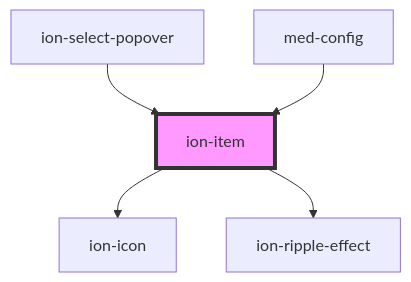
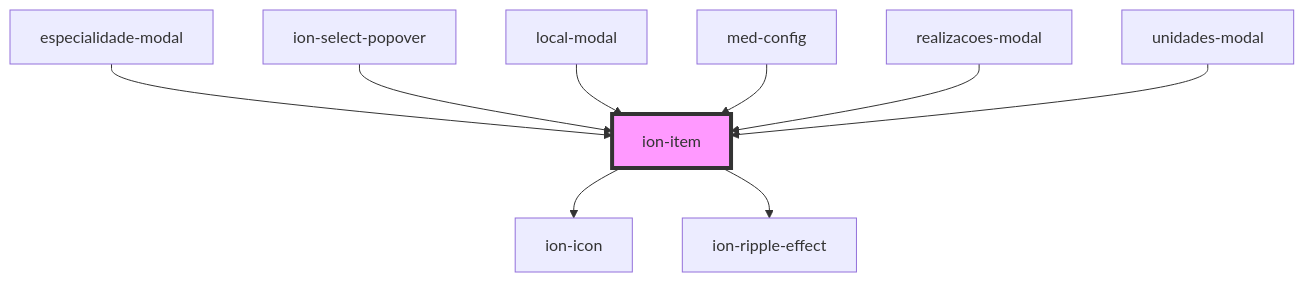
The diagram in core/src/components/item/readme.md (MEDGRUPOGIT/ionic-framework-1), drawn with Mermaid before and after one commit. The commit also changed other lines of this file and 30 other files, not shown here.

````diff
--- a/core/src/components/item/readme.md
+++ b/core/src/components/item/readme.md
@@ -1934,8 +1938,12 @@
 ```mermaid
 graph TD;
   ion-item --> ion-icon
   ion-item --> ion-ripple-effect
+  especialidade-modal --> ion-item
   ion-select-popover --> ion-item
+  local-modal --> ion-item
   med-config --> ion-item
+  realizacoes-modal --> ion-item
+  unidades-modal --> ion-item
   style ion-item fill:#f9f,stroke:#333,stroke-width:4px
 ```
````
